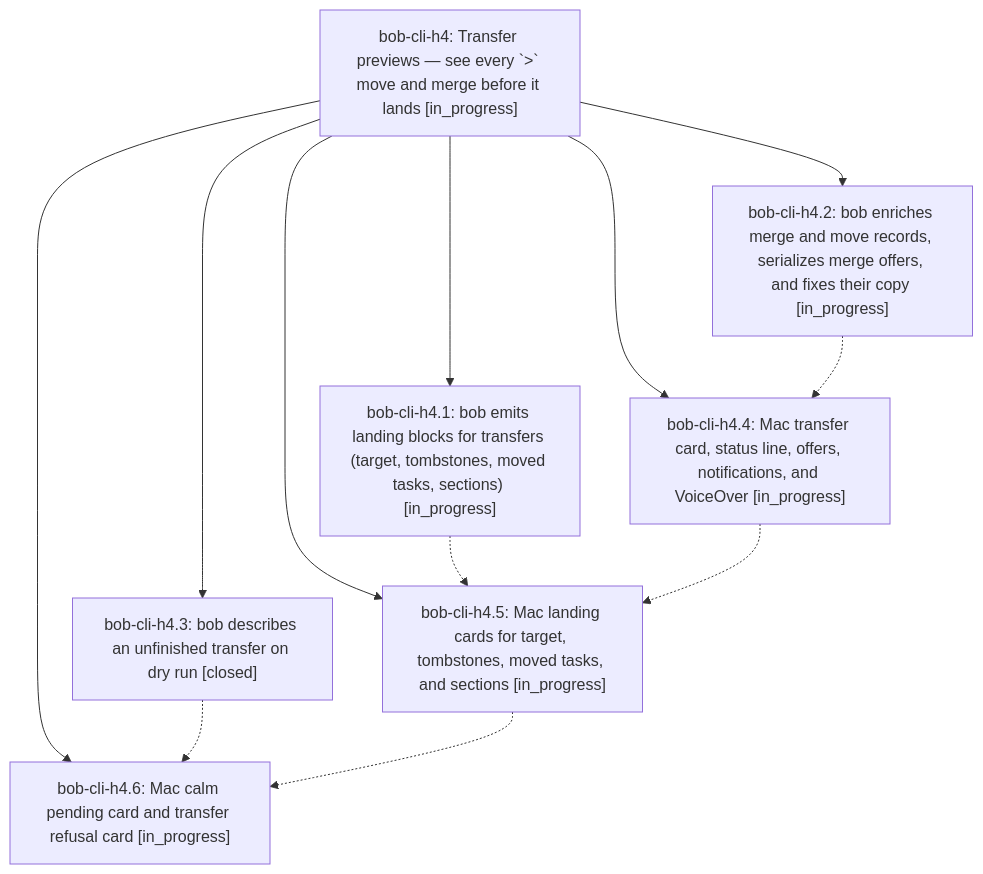
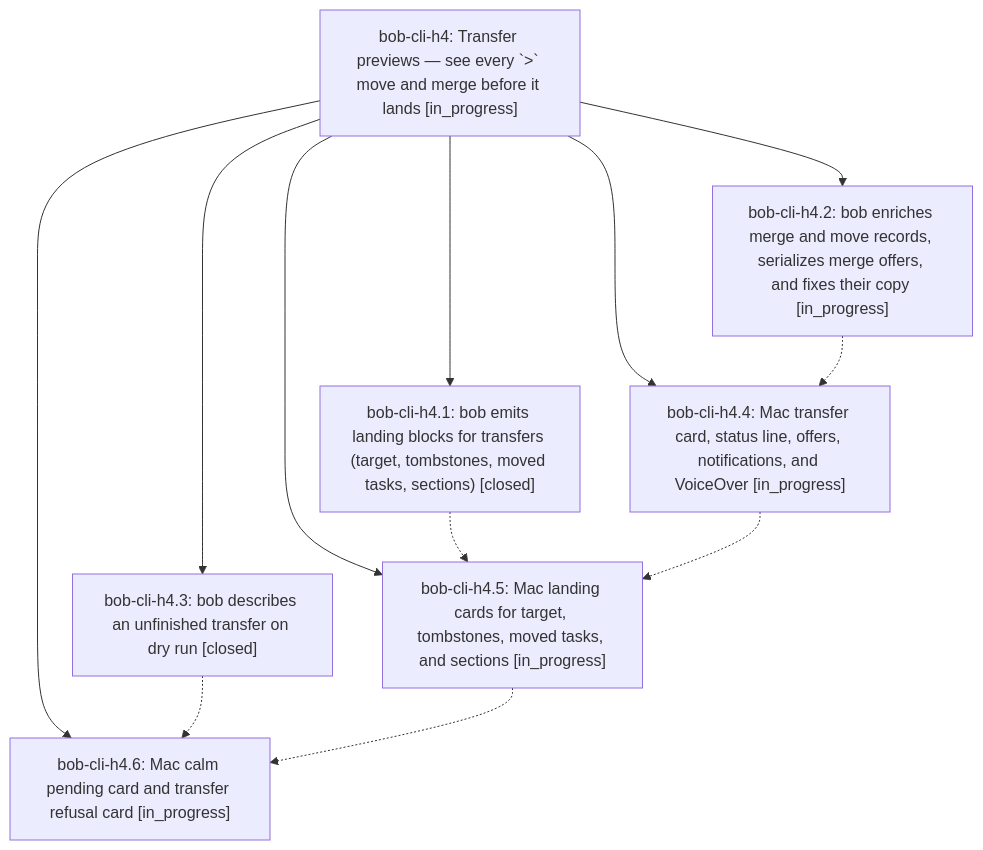
Before and after one commit to bobs-org/bob-cli--beads: the diagram in pages/bob-cli-h4/README.md, drawn with Mermaid. The commit also changed other lines of this file and 3 other files, not shown here.

First line of the commit message:
chore(beads): sync bead state and pages for bob-cli-h4

````diff
--- a/pages/bob-cli-h4/README.md
+++ b/pages/bob-cli-h4/README.md
@@ -39,21 +41,21 @@
 ```mermaid
 flowchart TD
     n0["bob-cli-h4: Transfer previews — see every `&gt;` move and merge before it lands [in_progress]"]
-    n1["bob-cli-h4.1: bob emits landing blocks for transfers (target, tombstones, moved tasks, sections) [in_progress]"]
+    n1["bob-cli-h4.1: bob emits landing blocks for transfers (target, tombstones, moved tasks, sections) [closed]"]
     n2["bob-cli-h4.2: bob enriches merge and move records, serializes merge offers, and fixes their copy [in_progress]"]
     n3["bob-cli-h4.3: bob describes an unfinished transfer on dry run [closed]"]
     n4["bob-cli-h4.4: Mac transfer card, status line, offers, notifications, and VoiceOver [in_progress]"]
     n5["bob-cli-h4.5: Mac landing cards for target, tombstones, moved tasks, and sections [in_progress]"]
     n6["bob-cli-h4.6: Mac calm pending card and transfer refusal card [in_progress]"]
     n0 --> n1
     n0 --> n2
     n0 --> n3
     n0 --> n4
     n0 --> n5
     n0 --> n6
     n1 -.-> n5
     n2 -.-> n4
     n3 -.-> n6
     n4 -.-> n5
     n5 -.-> n6
 ```
````
